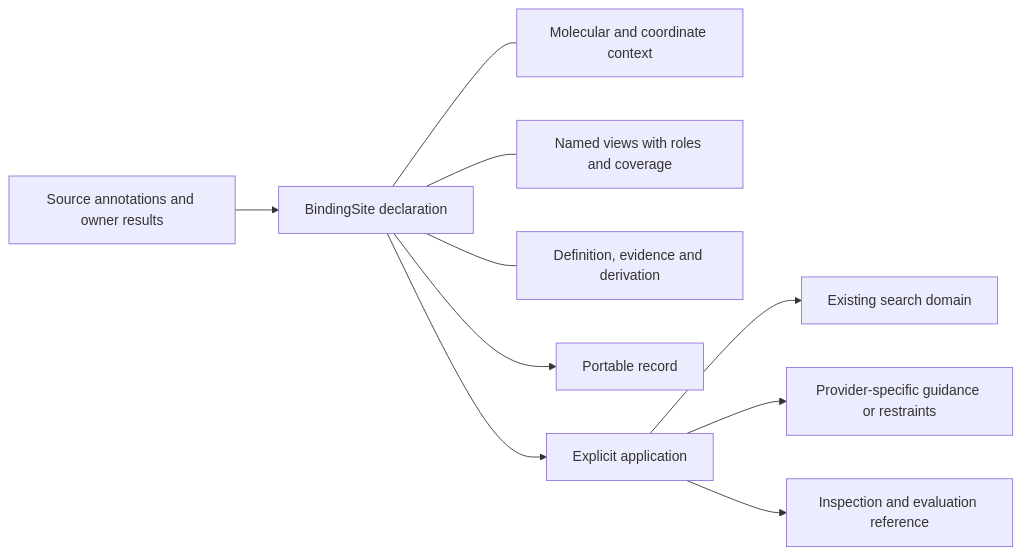
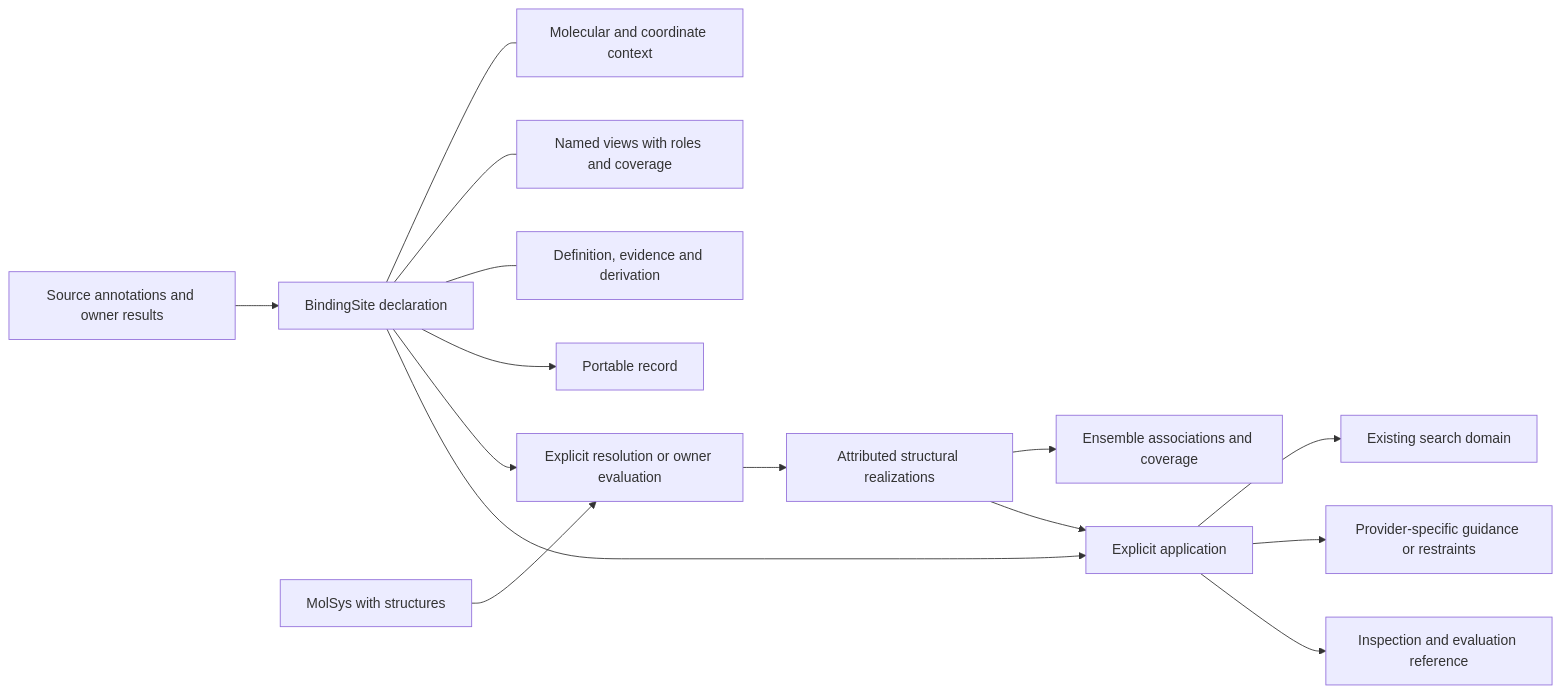
One commit to uibcdf/dockingmt changed the diagram in devguide/binding_site_design.md. Above: the diagram before and after it, drawn with Mermaid. The commit also changed other lines of this file and 8 other files, not shown here.

````diff
--- a/devguide/binding_site_design.md
+++ b/devguide/binding_site_design.md
@@ -63,12 +86,17 @@
 ```mermaid
 flowchart LR
     S[Source annotations and owner results] --> B[BindingSite declaration]
     B --- C[Molecular and coordinate context]
     B --- V[Named views with roles and coverage]
     B --- E[Definition, evidence and derivation]
     B --> R[Portable record]
+    B --> O[Explicit resolution or owner evaluation]
+    M[MolSys with structures] --> O
+    O --> X[Attributed structural realizations]
+    X --> G[Ensemble associations and coverage]
     B --> A[Explicit application]
+    X --> A
     A --> D[Existing search domain]
     A --> P[Provider-specific guidance or restraints]
     A --> I[Inspection and evaluation reference]
 ```
````
